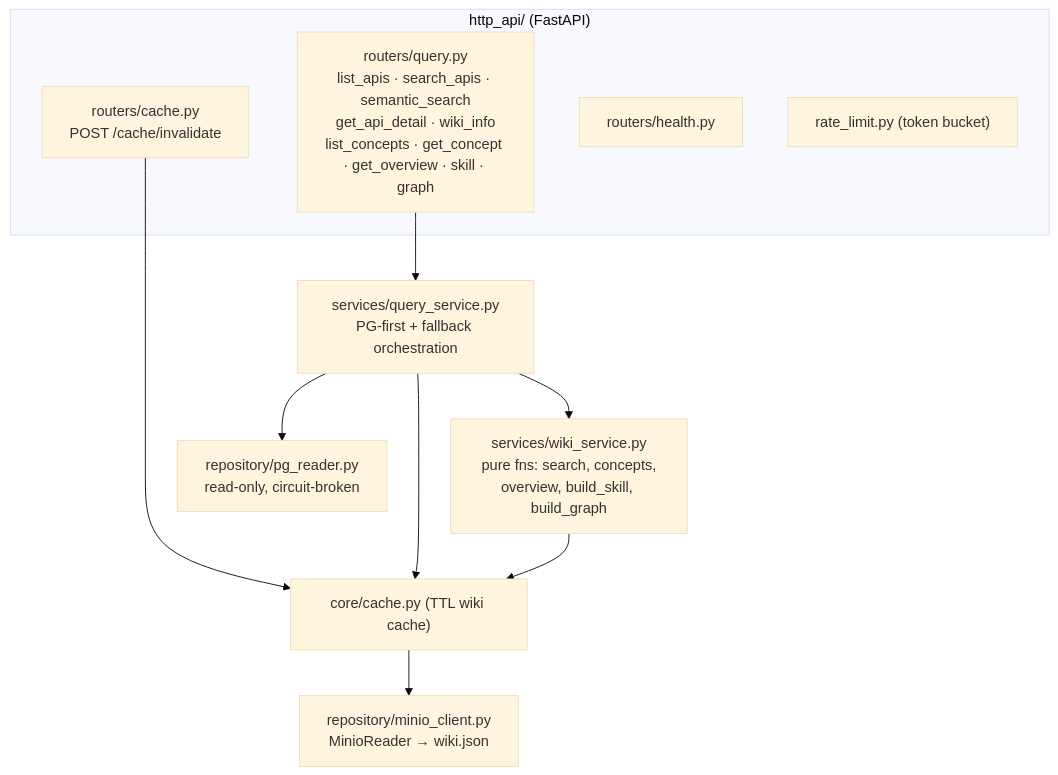
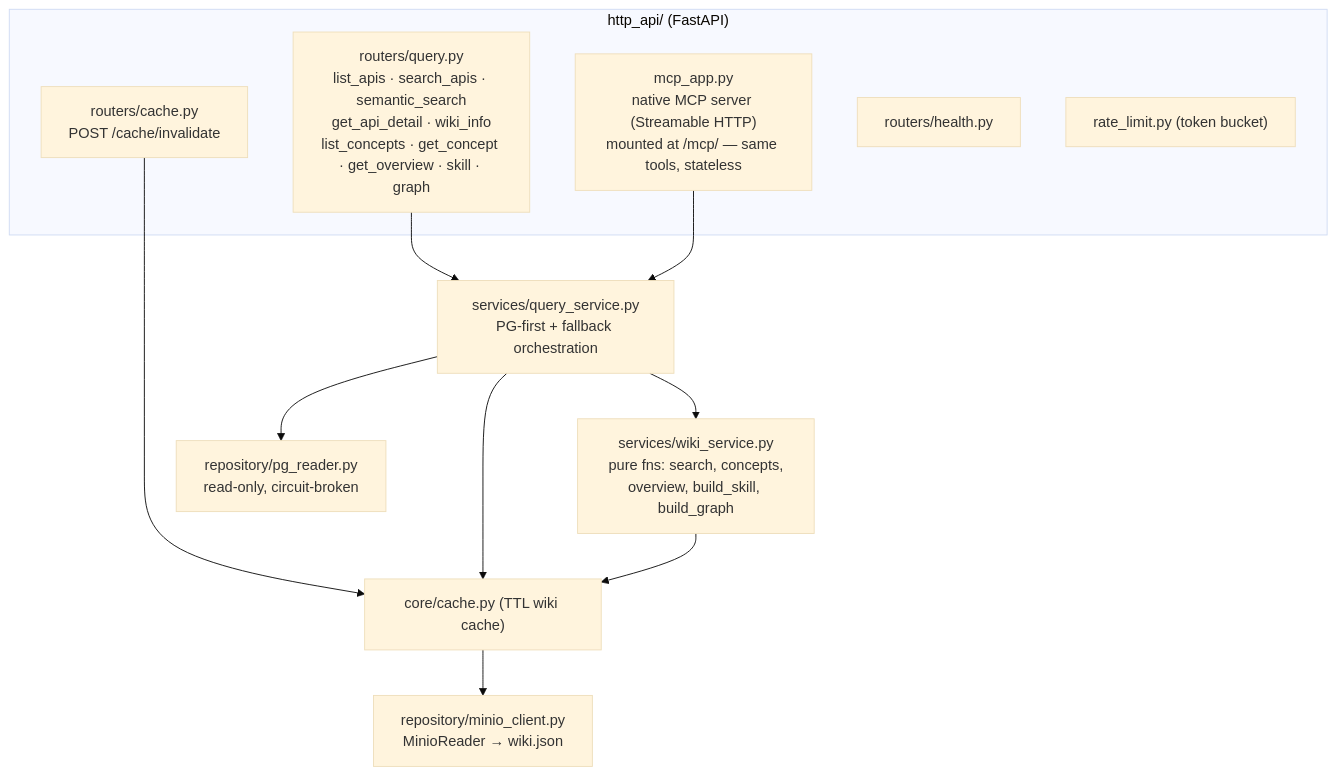
Before and after one commit to tienyulin/llm-mcp-server: the first of 2 diagrams in docs/architecture/diagram.md, drawn with Mermaid (base theme). The commit also changed 9 other files, not shown here.

````diff
--- a/docs/architecture/diagram.md
+++ b/docs/architecture/diagram.md
@@ -9,22 +9,24 @@
 ```mermaid
 flowchart TD
     subgraph http["http_api/ (FastAPI)"]
         QR["routers/query.py<br/>list_apis · search_apis · semantic_search<br/>get_api_detail · wiki_info<br/>list_concepts · get_concept · get_overview · skill · graph"]
+        MCPA["mcp_app.py<br/>native MCP server (Streamable HTTP)<br/>mounted at /mcp/ — same tools, stateless"]
         CR["routers/cache.py<br/>POST /cache/invalidate"]
         HR["routers/health.py"]
         RL["rate_limit.py (token bucket)"]
     end
     QS["services/query_service.py<br/>PG-first + fallback orchestration"]
     WS["services/wiki_service.py<br/>pure fns: search, concepts,<br/>overview, build_skill, build_graph"]
     CACHE["core/cache.py (TTL wiki cache)"]
     PGR["repository/pg_reader.py<br/>read-only, circuit-broken"]
     MIN["repository/minio_client.py<br/>MinioReader → wiki.json"]
 
     QR --> QS
+    MCPA --> QS
     CR --> CACHE
     QS --> CACHE
     QS --> PGR
     QS --> WS
     WS --> CACHE
     CACHE --> MIN
 ```
````
